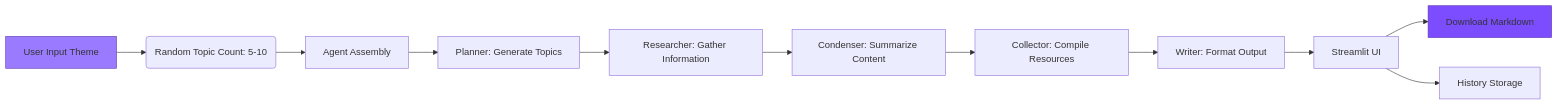
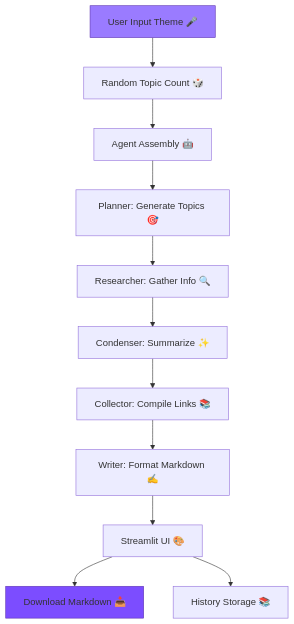
Before and after one commit to rakshita-vijay/rag-agentic-ai: the diagram in README.md, drawn with Mermaid. The commit also changed other lines of this file, not shown here.

````diff
--- a/README.md
+++ b/README.md
@@ -105,15 +61,15 @@
 ```mermaid
-graph LR
-    A[User Input Theme] --> B(Random Topic Count: 5-10)
-    B --> C[Agent Assembly]
-    C --> D[Planner: Generate Topics]
-    D --> E[Researcher: Gather Information]
-    E --> F[Condenser: Summarize Content]
-    F --> G[Collector: Compile Resources]
-    G --> H[Writer: Format Output]
-    H --> I[Streamlit UI]
-    I --> J[Download Markdown]
-    I --> K[History Storage]
+graph TD
+    A[User Input Theme 🎤] --> B[Random Topic Count 🎲]
+    B --> C[Agent Assembly 🤖]
+    C --> D[Planner: Generate Topics 🎯]
+    D --> E[Researcher: Gather Info 🔍]
+    E --> F[Condenser: Summarize ✨]
+    F --> G[Collector: Compile Links 📚]
+    G --> H[Writer: Format Markdown ✍️]
+    H --> I[Streamlit UI 🎨]
+    I --> J[Download Markdown 📥]
+    I --> K[History Storage 📚]
     style A fill:#9a7bff,stroke:#5e35b1
     style J fill:#7c4dff,stroke:#5e35b1
 ```
````
